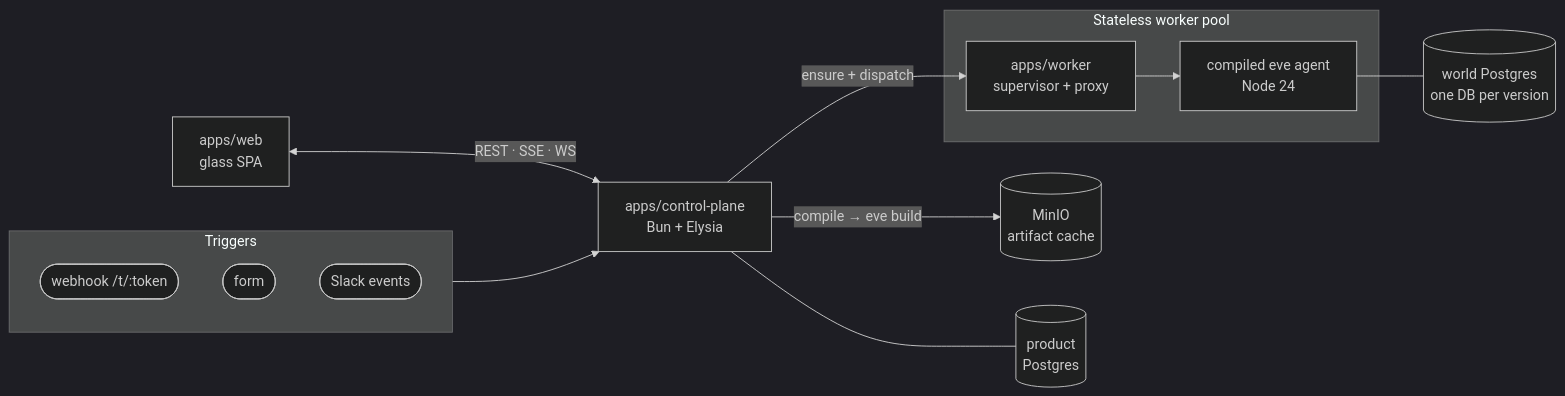
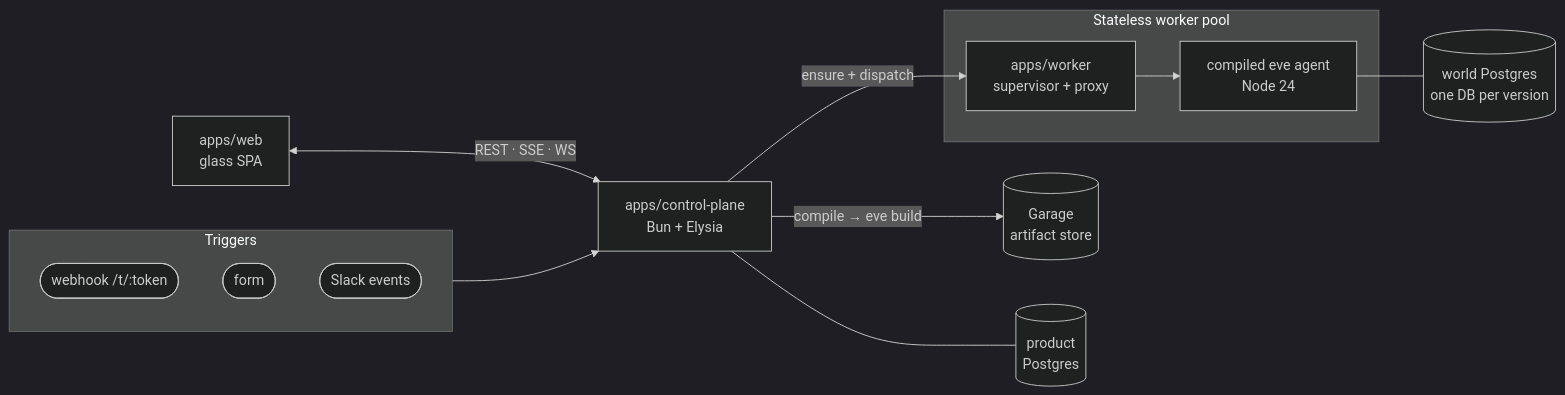
One commit to heysanil/invisible-string changed the diagram in README.md. Above: the diagram before and after it, drawn with Mermaid (dark theme). The commit also changed other lines of this file and 10 other files, not shown here.

Commit message:
docs: production deployment guide; finish MinIO→Garage rename sweep

````diff
--- a/README.md
+++ b/README.md
@@ -46,22 +46,22 @@
 ```mermaid
 flowchart LR
     subgraph ingress [" Triggers "]
         T1([webhook /t/:token])
         T2([form])
         T3([Slack events])
     end
 
     WEB["apps/web<br/>glass SPA"] <-->|REST · SSE · WS| CP
     ingress --> CP
 
     CP["apps/control-plane<br/>Bun + Elysia"]
-    CP -->|"compile → eve build"| MINIO[("MinIO<br/>artifact cache")]
+    CP -->|"compile → eve build"| GARAGE[("Garage<br/>artifact store")]
     CP -->|ensure + dispatch| WK
 
     subgraph pool [" Stateless worker pool "]
         WK["apps/worker<br/>supervisor + proxy"] --> AG["compiled eve agent<br/>Node 24"]
     end
 
     CP --- PG[("product<br/>Postgres")]
     AG --- WPG[("world Postgres<br/>one DB per version")]
 ```
````
